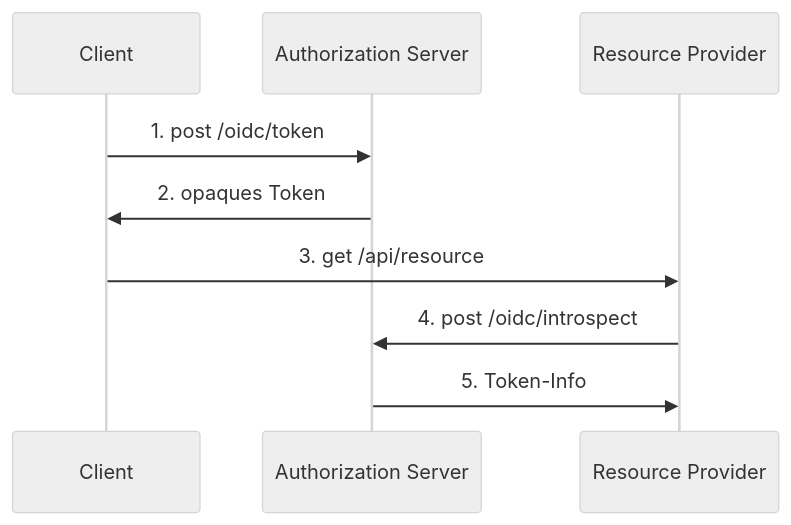
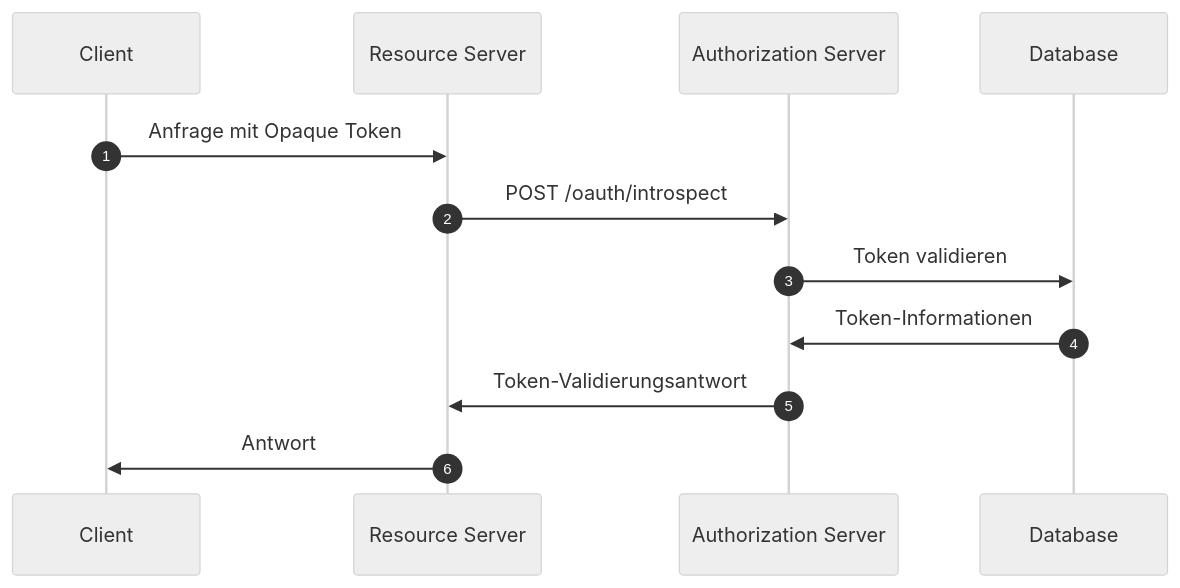
One commit to logto-io/auth-wiki changed the third of 5 diagrams in src/content/terms/de/opaque-token.mdx. Above: the diagram before and after it, drawn with Mermaid (neutral theme). The commit also changed other lines of this file and 95 other files, not shown here.

````diff
--- a/src/content/terms/de/opaque-token.mdx
+++ b/src/content/terms/de/opaque-token.mdx
@@ -49,13 +80,15 @@
 ```mermaid
 sequenceDiagram
     participant C as Client
+    participant RS as Resource Server
     participant AS as Authorization Server
-    participant RP as Resource Provider
+    participant D as Database
+    autonumber
 
-    C ->> AS: 1. post /oidc/token
-    AS ->> C: 2. opaques Token
-    C ->> RP: 3. get /api/resource
-    RP ->> AS: 4. post /oidc/introspect
-    AS ->> RP: 5. Token-Info
-
+    C->>RS: Anfrage mit Opaque Token
+    RS->>AS: POST /oauth/introspect
+    AS->>D: Token validieren
+    D->>AS: Token-Informationen
+    AS->>RS: Token-Validierungsantwort
+    RS->>C: Antwort
 ```
````
